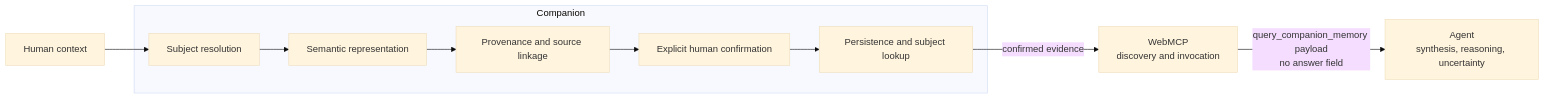
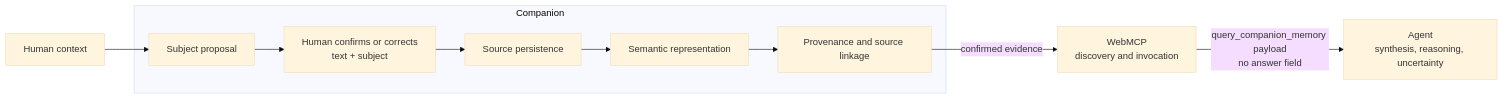
One commit to AndreyBlanco/companion-webmcp changed the diagram in README.md. Above: the diagram before and after it, drawn with Mermaid (base theme). The commit also changed other lines of this file and 18 other files, not shown here.

Commit message:
feat: confirm subject before semantic processing

````diff
--- a/README.md
+++ b/README.md
@@ -57,12 +57,12 @@
 ```mermaid
 flowchart LR
-    H[Human context] --> R[Subject resolution]
+    H[Human context] --> R[Subject proposal]
     subgraph C[Companion]
-      R --> S[Semantic representation]
+      R --> X[Human confirms or corrects<br/>text + subject]
+      X --> M[Source persistence]
+      M --> S[Semantic representation]
       S --> P[Provenance and source linkage]
-      P --> X[Explicit human confirmation]
-      X --> M[Persistence and subject lookup]
     end
-    M -->|confirmed evidence| W[WebMCP<br/>discovery and invocation]
+    P -->|confirmed evidence| W[WebMCP<br/>discovery and invocation]
     W -->|query_companion_memory payload<br/>no answer field| A[Agent<br/>synthesis, reasoning, uncertainty]
 ```
````
